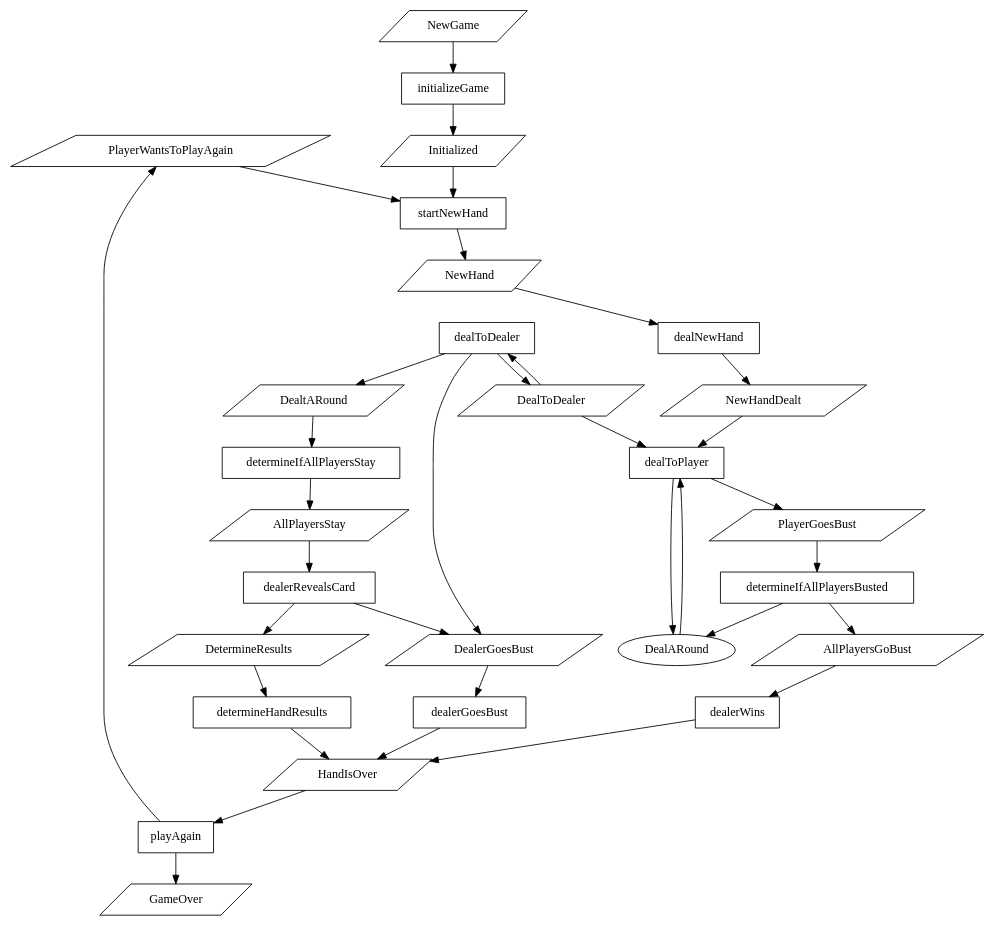
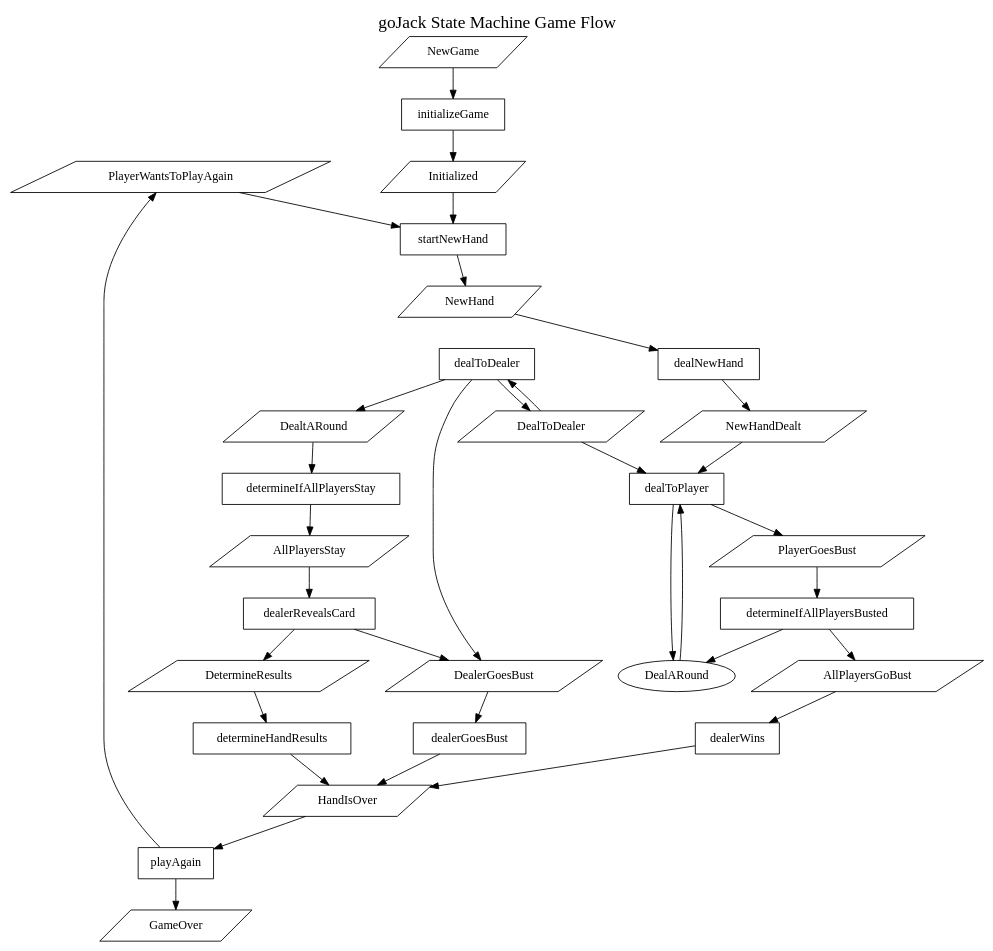
Before and after one commit to matthewapeters/goJack: the diagram in states.dot, drawn with Graphviz. The commit also changed 2 other files, not shown here.

Commit message:
add a title to the graph

```diff
--- a/states.dot
+++ b/states.dot
@@ -1,50 +1,53 @@
 digraph {
+      labelloc=t
+      fontsize=20
+      label="goJack State Machine Game Flow"
 PlayerWantsToPlayAgain GameOver [shape=parallelogram]
 HandIsOver [shape=parallelogram]
 playAgain [shape=box]
 { HandIsOver } -> playAgain -> { PlayerWantsToPlayAgain GameOver }
 HandIsOver [shape=parallelogram]
 DetermineResults [shape=parallelogram]
 determineHandResults [shape=box]
 { DetermineResults } -> determineHandResults -> { HandIsOver }
 HandIsOver [shape=parallelogram]
 AllPlayersGoBust [shape=parallelogram]
 dealerWins [shape=box]
 { AllPlayersGoBust } -> dealerWins -> { HandIsOver }
 HandIsOver [shape=parallelogram]
 DealerGoesBust [shape=parallelogram]
 dealerGoesBust [shape=box]
 { DealerGoesBust } -> dealerGoesBust -> { HandIsOver }
 DetermineResults DealerGoesBust [shape=parallelogram]
 AllPlayersStay [shape=parallelogram]
 dealerRevealsCard [shape=box]
 { AllPlayersStay } -> dealerRevealsCard -> { DetermineResults DealerGoesBust }
 DealARound AllPlayersGoBust [shape=parallelogram]
 PlayerGoesBust [shape=parallelogram]
 determineIfAllPlayersBusted [shape=box]
 { PlayerGoesBust } -> determineIfAllPlayersBusted -> { DealARound AllPlayersGoBust }
 AllPlayersStay [shape=parallelogram]
 DealtARound [shape=parallelogram]
 determineIfAllPlayersStay [shape=box]
 { DealtARound } -> determineIfAllPlayersStay -> { AllPlayersStay }
 DealToDealer DealtARound DealerGoesBust [shape=parallelogram]
 DealToDealer [shape=parallelogram]
 dealToDealer [shape=box]
 { DealToDealer } -> dealToDealer -> { DealToDealer DealtARound DealerGoesBust }
 DealARound PlayerGoesBust [shape=parallelogram]
 DealARound DealToDealer NewHandDealt [shape=parallelogram]
 dealToPlayer [shape=box]
 { DealARound DealToDealer NewHandDealt } -> dealToPlayer -> { DealARound PlayerGoesBust }
 NewHandDealt [shape=parallelogram]
 NewHand [shape=parallelogram]
 dealNewHand [shape=box]
 { NewHand } -> dealNewHand -> { NewHandDealt }
 NewHand [shape=parallelogram]
 Initialized PlayerWantsToPlayAgain [shape=parallelogram]
 startNewHand [shape=box]
 { Initialized PlayerWantsToPlayAgain } -> startNewHand -> { NewHand }
 Initialized [shape=parallelogram]
 NewGame [shape=parallelogram]
 initializeGame [shape=box]
 { NewGame } -> initializeGame -> { Initialized }
 }
```
